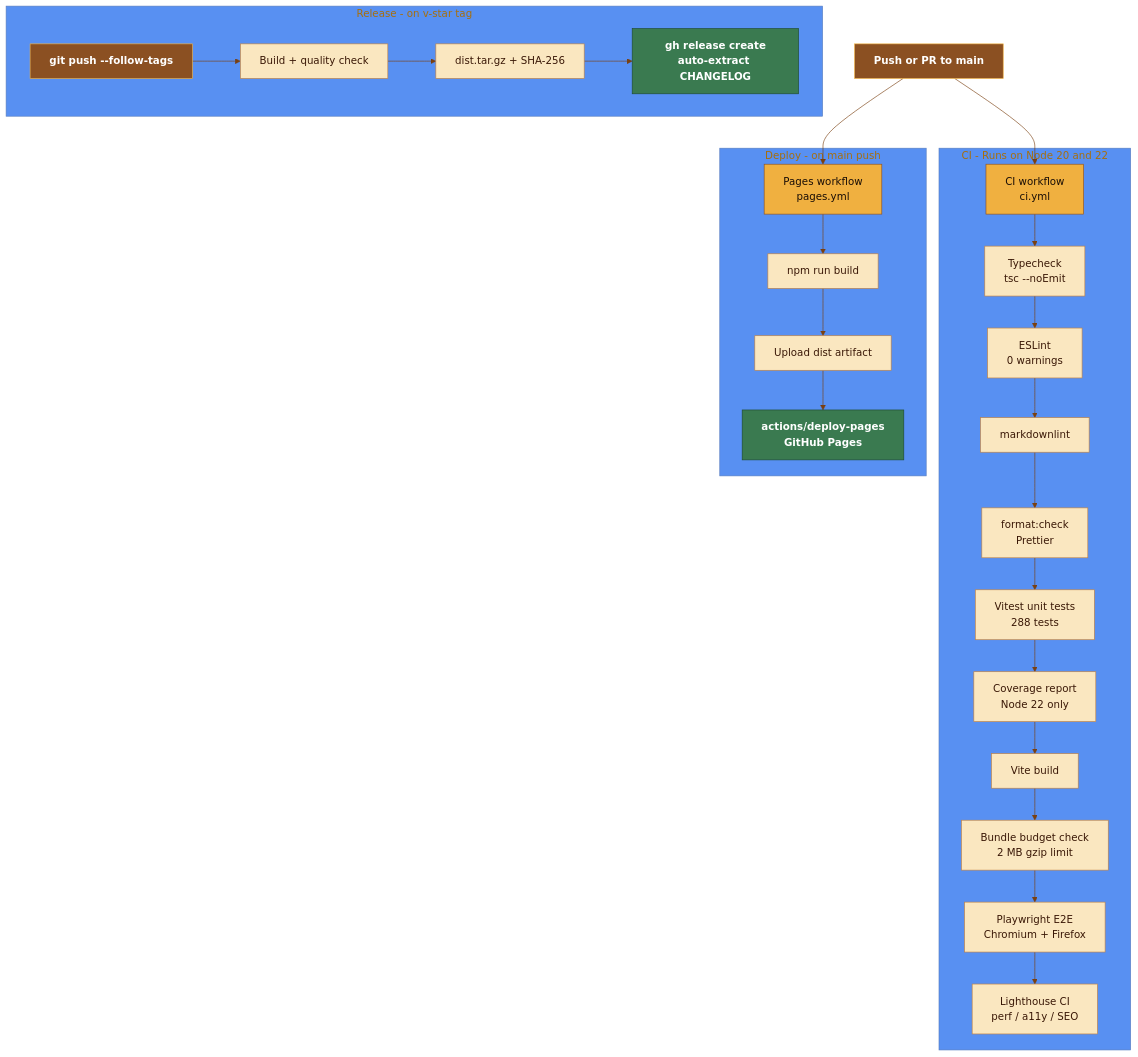
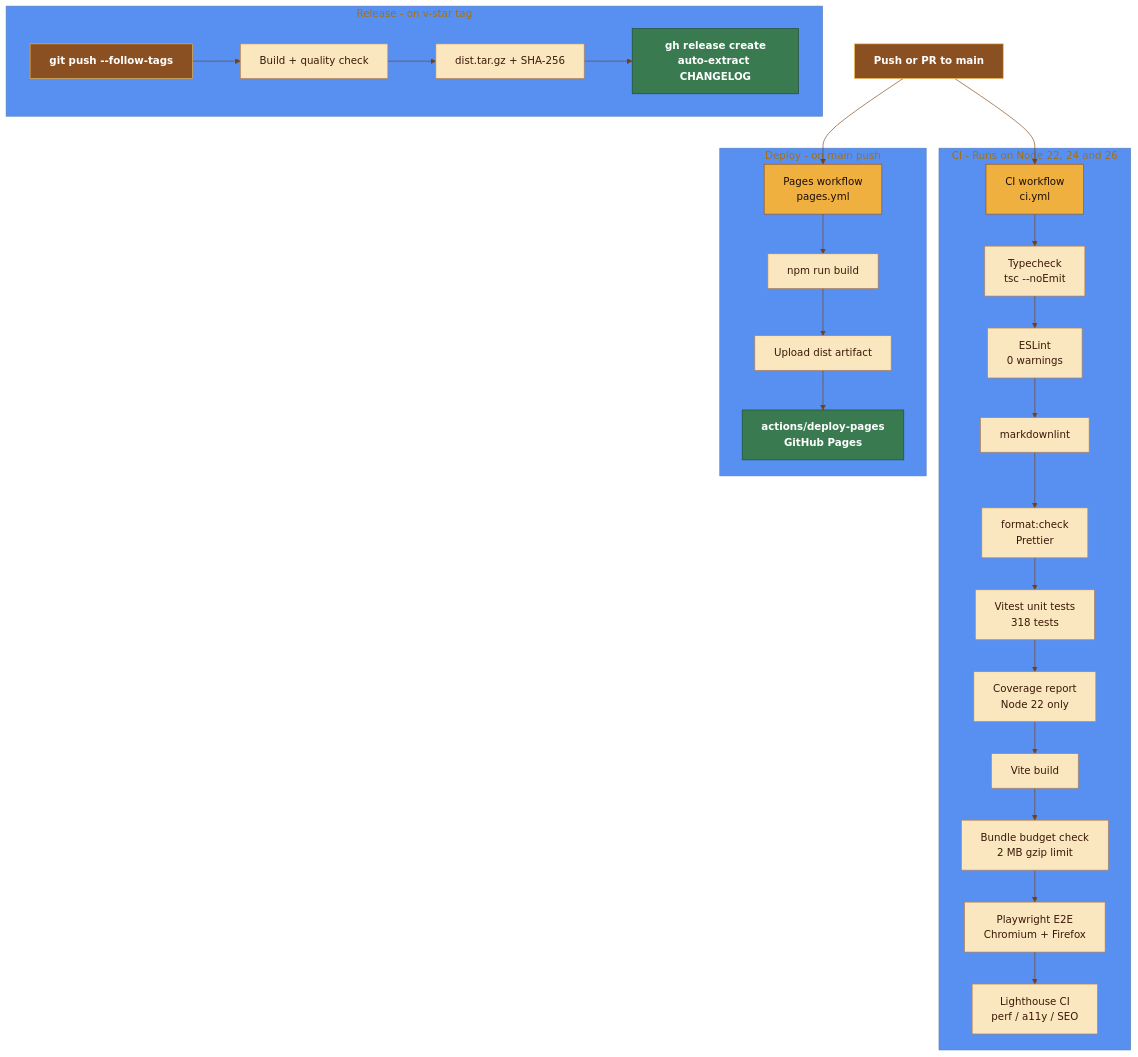
Before and after one commit to RajwanYair/WoodworkingShop: the sixth of 9 diagrams in docs/ARCHITECTURE.md, drawn with Mermaid. The commit also changed other lines of this file and 23 other files, not shown here.

Commit message:
release(v3.45.0): production hardening, roadmap consolidation, strict quality gates

````diff
--- a/docs/ARCHITECTURE.md
+++ b/docs/ARCHITECTURE.md
@@ -304,38 +304,38 @@
 ```mermaid
 %%{init: {'theme': 'base', 'themeVariables': {'primaryColor': '#f0b040', 'primaryTextColor': '#1a0e06', 'primaryBorderColor': '#8b5022', 'lineColor': '#7a4010', 'edgeLabelBackground': '#fef7ed'}}}%%
 graph TD
   push["Push or PR to main"] --> ci["CI workflow\nci.yml"]
   push --> pages["Pages workflow\npages.yml"]
 
-  subgraph CI [CI - Runs on Node 20 and 22]
+  subgraph CI [CI - Runs on Node 22, 24 and 26]
     ci --> tc["Typecheck\ntsc --noEmit"]
     tc --> lint["ESLint\n0 warnings"]
     lint --> mdlint["markdownlint"]
     mdlint --> fmt["format:check\nPrettier"]
-    fmt --> test["Vitest unit tests\n288 tests"]
+    fmt --> test["Vitest unit tests\n318 tests"]
     test --> cov["Coverage report\nNode 22 only"]
     cov --> build["Vite build"]
     build --> bcheck["Bundle budget check\n2 MB gzip limit"]
     bcheck --> e2e["Playwright E2E\nChromium + Firefox"]
     e2e --> lhci["Lighthouse CI\nperf / a11y / SEO"]
   end
 
   subgraph Deploy [Deploy - on main push]
     pages --> dbuild["npm run build"]
     dbuild --> upload["Upload dist artifact"]
     upload --> ghpages["actions/deploy-pages\nGitHub Pages"]
   end
 
   subgraph Release [Release - on v-star tag]
     tag["git push --follow-tags"] --> rbuild["Build + quality check"]
     rbuild --> archive["dist.tar.gz + SHA-256"]
     archive --> ghrelease["gh release create\nauto-extract CHANGELOG"]
   end
 
   classDef trigger fill:#8b5022,stroke:#f0b040,color:#fff,font-weight:bold
   classDef step fill:#fae7c0,stroke:#c08040,color:#3a1806
   classDef gate fill:#3a7a50,stroke:#1e4a30,color:#fff,font-weight:bold
   class push,tag trigger
   class ghpages,ghrelease gate
   class tc,lint,mdlint,fmt,test,cov,build,bcheck,e2e,lhci,dbuild,upload,rbuild,archive step
 ```
````
